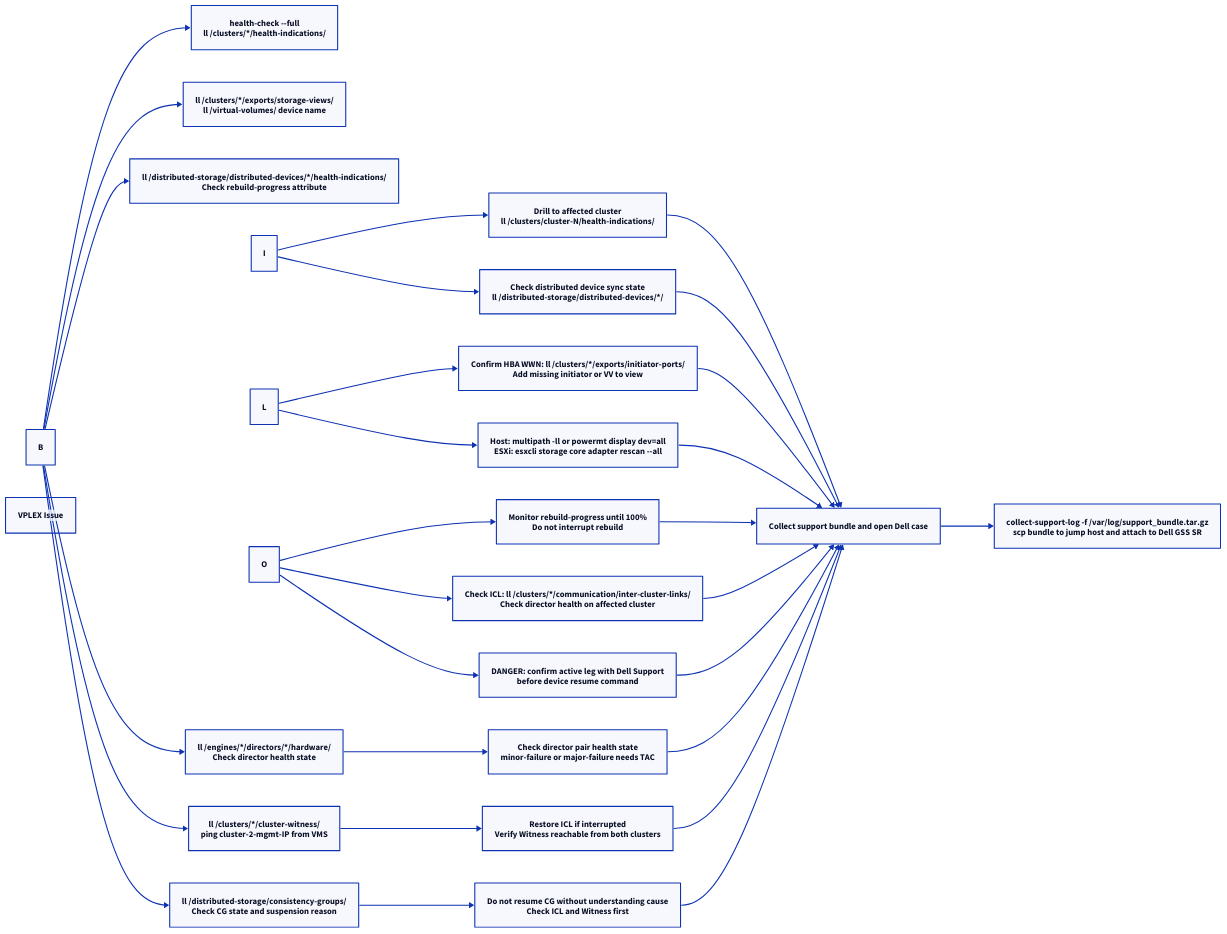
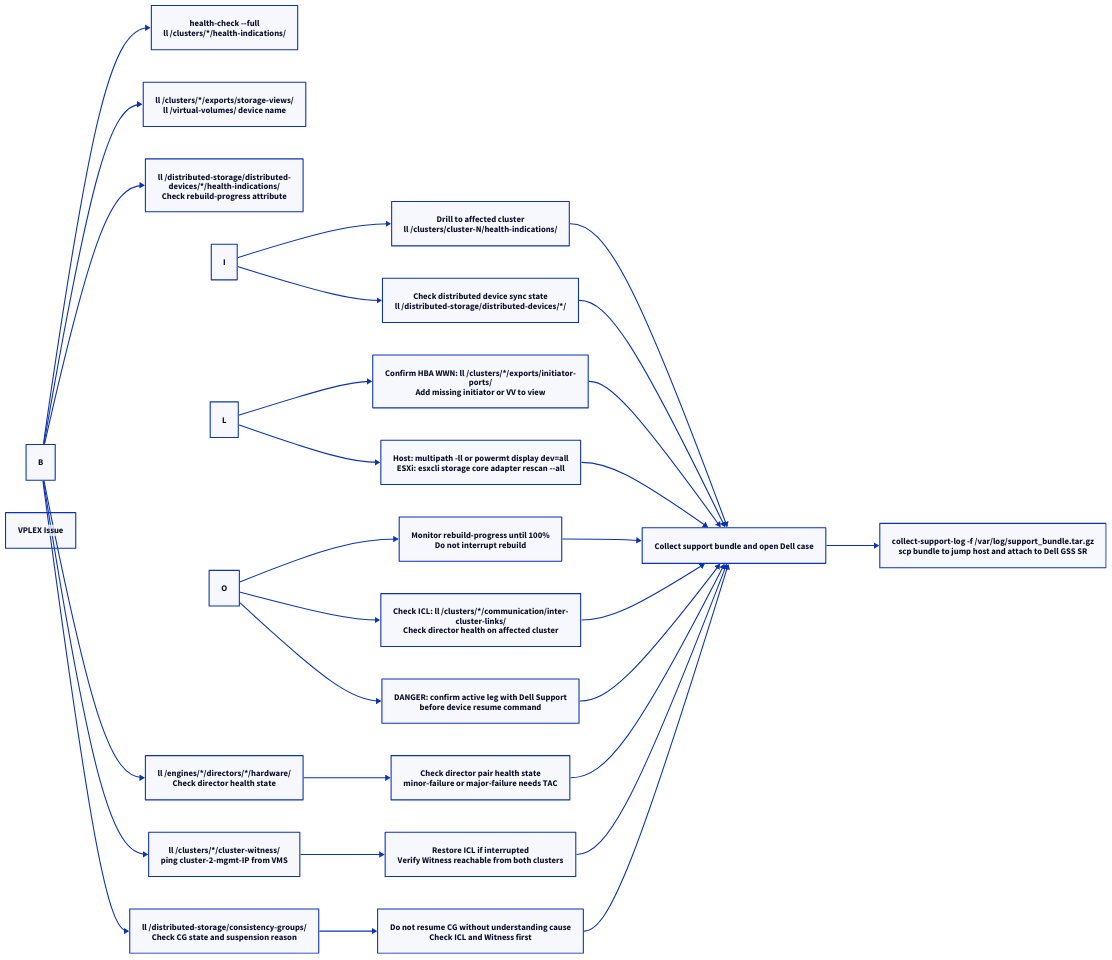
Before and after one commit to canast01/chris-kb: the first of 2 diagrams in docs/storage/dell/vplex/troubleshooting/diagnostics.md, drawn with D2. The commit also changed 192 other files, not shown here.

````diff
--- a/docs/storage/dell/vplex/troubleshooting/diagnostics.md
+++ b/docs/storage/dell/vplex/troubleshooting/diagnostics.md
@@ -17,55 +17,55 @@
 ```d2
 direction: right
 
 B: "B" {shape: rectangle}
 C: "health-check --full\nll /clusters/*/health-indications/" {shape: rectangle}
 D: "ll /clusters/*/exports/storage-views/\nll /virtual-volumes/ device name" {shape: rectangle}
-E: "ll /distributed-storage/distributed-devices/*/health-indications/\nCheck rebuild-progress attribute" {shape: rectangle}
+E: "ll /distributed-storage/distributed-\ndevices/*/health-indications/\nCheck rebuild-progress attribute" {shape: rectangle}
 F: "ll /engines/*/directors/*/hardware/\nCheck director health state" {shape: rectangle}
 G: "ll /clusters/*/cluster-witness/\nping cluster-2-mgmt-IP from VMS" {shape: rectangle}
 H: "ll /distributed-storage/consistency-groups/\nCheck CG state and suspension reason" {shape: rectangle}
 I: "I" {shape: rectangle}
 J: "Drill to affected cluster\nll /clusters/cluster-N/health-indications/" {shape: rectangle}
 K: "Check distributed device sync state\nll /distributed-storage/distributed-devices/*/" {shape: rectangle}
 L: "L" {shape: rectangle}
-M: "Confirm HBA WWN: ll /clusters/*/exports/initiator-ports/\nAdd missing initiator or VV to view" {shape: rectangle}
+M: "Confirm HBA WWN: ll /clusters/*/exports/initiator-\nports/\nAdd missing initiator or VV to view" {shape: rectangle}
 N: "Host: multipath -ll or powermt display dev=all\nESXi: esxcli storage core adapter rescan --all" {shape: rectangle}
 O: "O" {shape: rectangle}
 P: "Monitor rebuild-progress until 100%\nDo not interrupt rebuild" {shape: rectangle}
-Q: "Check ICL: ll /clusters/*/communication/inter-cluster-links/\nCheck director health on affected cluster" {shape: rectangle}
+Q: "Check ICL: ll /clusters/*/communication/inter-\ncluster-links/\nCheck director health on affected cluster" {shape: rectangle}
 R: "DANGER: confirm active leg with Dell Support\nbefore device resume command" {shape: rectangle}
 S: "Check director pair health state\nminor-failure or major-failure needs TAC" {shape: rectangle}
 T: "Restore ICL if interrupted\nVerify Witness reachable from both clusters" {shape: rectangle}
 U: "Do not resume CG without understanding cause\nCheck ICL and Witness first" {shape: rectangle}
 V: "Collect support bundle and open Dell case" {shape: rectangle}
 W: "collect-support-log -f /var/log/support_bundle.tar.gz\nscp bundle to jump host and attach to Dell GSS SR" {shape: rectangle}
 A: "VPLEX Issue" {shape: rectangle}
 
 B -> C
 B -> D
 B -> E
 B -> F
 B -> G
 B -> H
 I -> J
 I -> K
 L -> M
 L -> N
 O -> P
 O -> Q
 O -> R
 F -> S
 G -> T
 H -> U
 J -> V
 K -> V
 M -> V
 N -> V
 P -> V
 Q -> V
 R -> V
 S -> V
 T -> V
 U -> V
 V -> W
 ```
````
